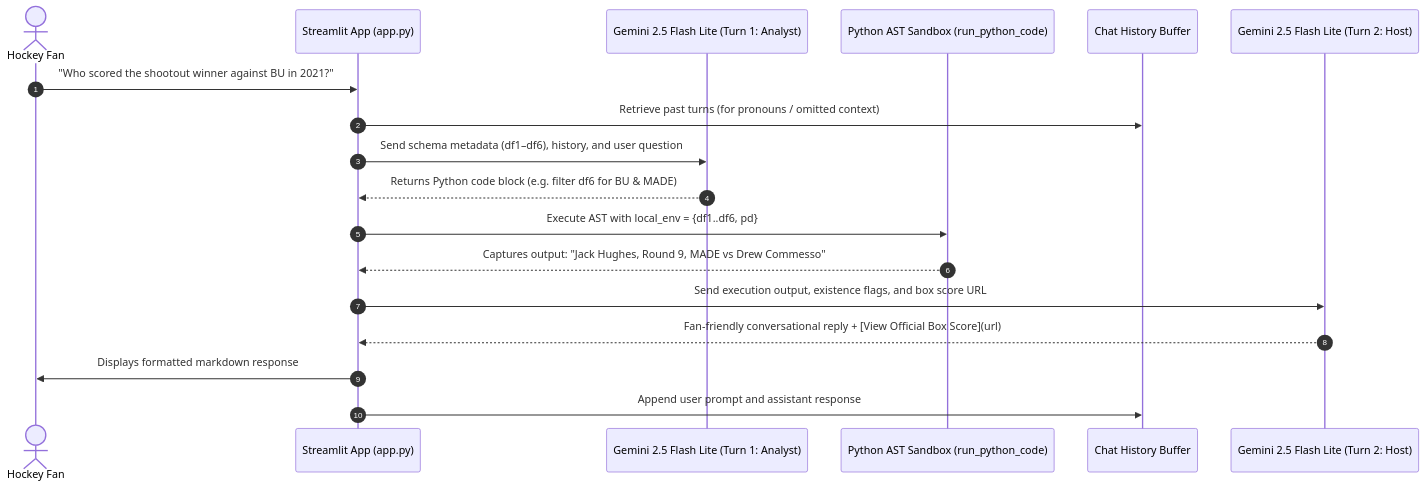
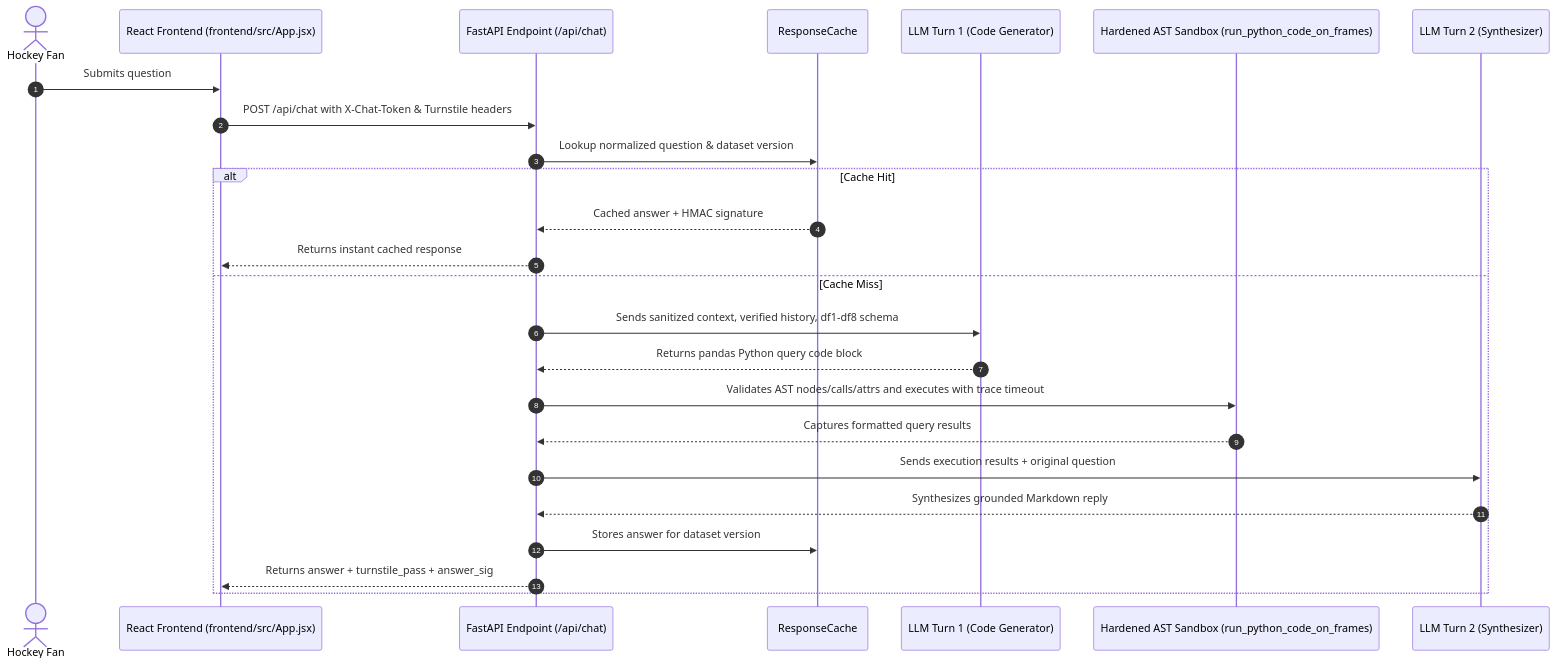
Before and after one commit to timmyg2034/NortheasternProject: the third of 4 diagrams in docs/architecture_and_data_flow.md, drawn with Mermaid. The commit also changed other lines of this file and 16 other files, not shown here.

Commit message:
Harden security, fix UI/API bugs, and remove legacy Streamlit files

````diff
--- a/docs/architecture_and_data_flow.md
+++ b/docs/architecture_and_data_flow.md
@@ -209,21 +215,28 @@
 ```mermaid
 sequenceDiagram
     autonumber
     actor User as Hockey Fan
-    participant Streamlit as Streamlit App (app.py)
-    participant LLM1 as Gemini 2.5 Flash Lite (Turn 1: Analyst)
-    participant Sandbox as Python AST Sandbox (run_python_code)
-    participant Memory as Chat History Buffer
-    participant LLM2 as Gemini 2.5 Flash Lite (Turn 2: Host)
+    participant SPA as React Frontend (frontend/src/App.jsx)
+    participant API as FastAPI Endpoint (/api/chat)
+    participant Cache as ResponseCache
+    participant LLM1 as LLM Turn 1 (Code Generator)
+    participant Sandbox as Hardened AST Sandbox (run_python_code_on_frames)
+    participant LLM2 as LLM Turn 2 (Synthesizer)
 
-    User->>Streamlit: "Who scored the shootout winner against BU in 2021?"
-    Streamlit->>Memory: Retrieve past turns (for pronouns / omitted context)
-    Streamlit->>LLM1: Send schema metadata (df1–df6), history, and user question
-    LLM1-->>Streamlit: Returns Python code block (e.g. filter df6 for BU & MADE)
-    Streamlit->>Sandbox: Execute AST with local_env = {df1..df6, pd}
-    Sandbox-->>Streamlit: Captures output: "Jack Hughes, Round 9, MADE vs Drew Commesso"
-    Streamlit->>LLM2: Send execution output, existence flags, and box score URL
-    LLM2-->>Streamlit: Fan-friendly conversational reply + [View Official Box Score](url)
-    Streamlit->>User: Displays formatted markdown response
-    Streamlit->>Memory: Append user prompt and assistant response
+    User->>SPA: Submits question
+    SPA->>API: POST /api/chat with X-Chat-Token & Turnstile headers
+    API->>Cache: Lookup normalized question & dataset version
+    alt Cache Hit
+        Cache-->>API: Cached answer + HMAC signature
+        API-->>SPA: Returns instant cached response
+    else Cache Miss
+        API->>LLM1: Sends sanitized context, verified history, df1-df8 schema
+        LLM1-->>API: Returns pandas Python query code block
+        API->>Sandbox: Validates AST nodes/calls/attrs and executes with trace timeout
+        Sandbox-->>API: Captures formatted query results
+        API->>LLM2: Sends execution results + original question
+        LLM2-->>API: Synthesizes grounded Markdown reply
+        API->>Cache: Stores answer for dataset version
+        API-->>SPA: Returns answer + turnstile_pass + answer_sig
+    end
 ```
````
